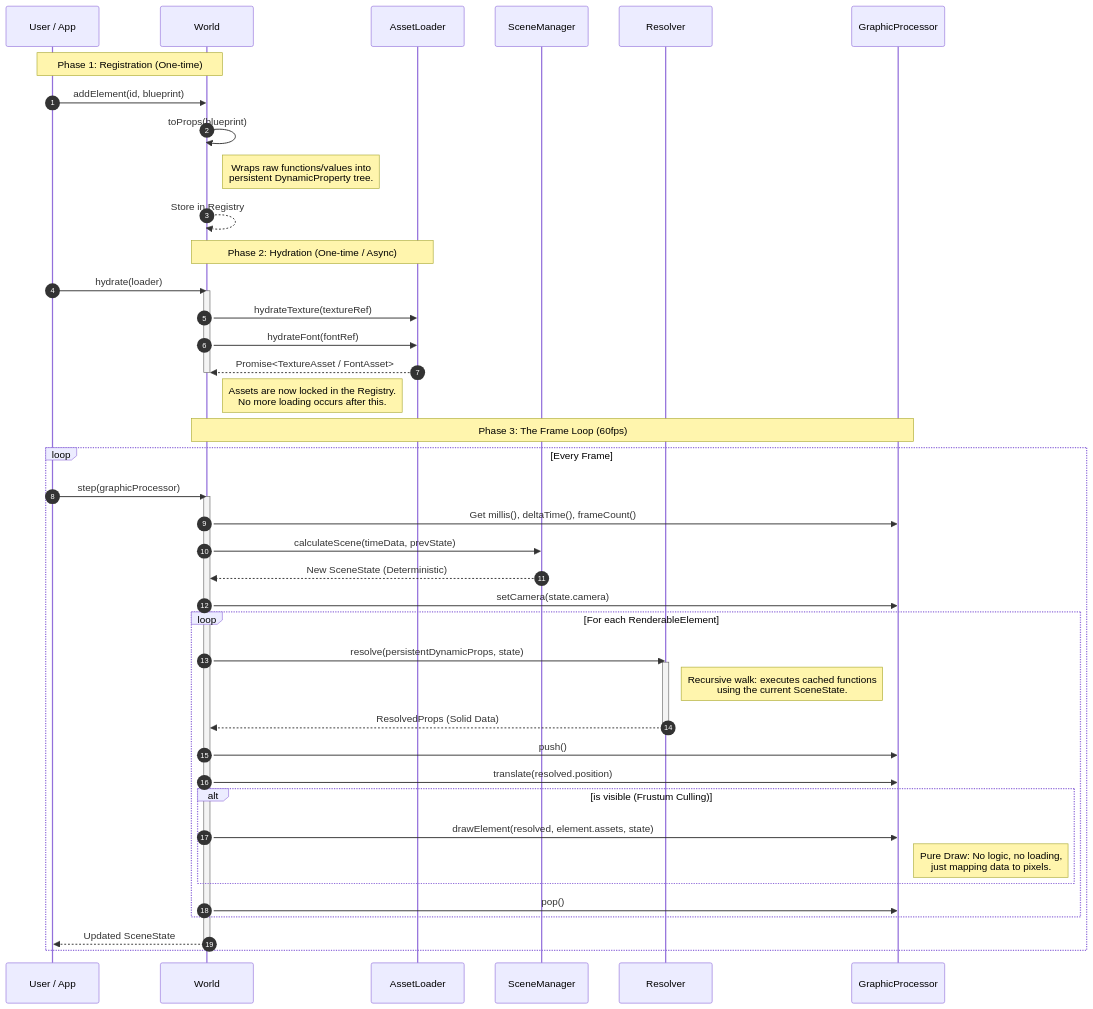
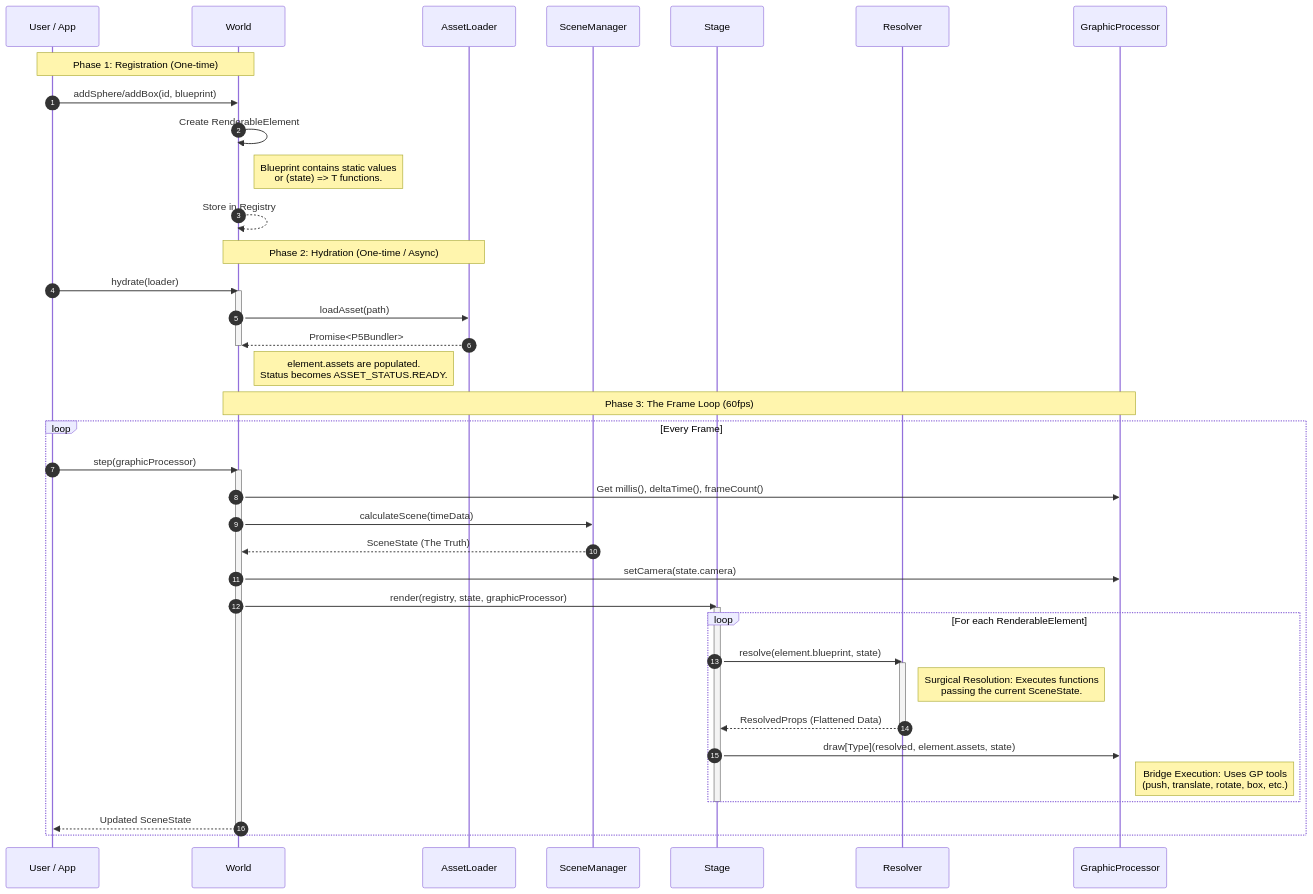
The diagram in notes.md (thiagomata/parallax), drawn with Mermaid before and after one commit.

Commit message:
update the diagram

````diff
--- a/notes.md
+++ b/notes.md
@@ -1,58 +1,55 @@
 ```mermaid
 sequenceDiagram
     autonumber
     participant U as User / App
     participant W as World
     participant L as AssetLoader
     participant SM as SceneManager
+    participant S as Stage
     participant R as Resolver
     participant GP as GraphicProcessor
 
-    Note over U, W: Phase 1: Registration (One-time)
-    U->>W: addElement(id, blueprint)
-    W->>W: toProps(blueprint)
-    Note right of W: Wraps raw functions/values into<br/>persistent DynamicProperty tree.
+    Note over U,W: Phase 1: Registration (One-time)
+    U->>W: addSphere/addBox(id, blueprint)
+    W->>W: Create RenderableElement
+    Note right of W: Blueprint contains static values<br/>or (state) => T functions.
     W-->>W: Store in Registry
 
-    Note over W, L: Phase 2: Hydration (One-time / Async)
+    Note over W,L: Phase 2: Hydration (One-time / Async)
     U->>W: hydrate(loader)
     activate W
-    W->>L: hydrateTexture(textureRef)
-    W->>L: hydrateFont(fontRef)
-    L-->>W: Promise<TextureAsset / FontAsset>
+    W->>L: loadAsset(path)
+    L-->>W: Promise<P5Bundler>
     deactivate W
-    Note right of W: Assets are now locked in the Registry.<br/>No more loading occurs after this.
+    Note right of W: element.assets are populated.<br/>Status becomes ASSET_STATUS.READY.
 
-    Note over W, GP: Phase 3: The Frame Loop (60fps)
+    Note over W,GP: Phase 3: The Frame Loop (60fps)
     loop Every Frame
         U->>W: step(graphicProcessor)
         activate W
-        
+
         W->>GP: Get millis(), deltaTime(), frameCount()
-        W->>SM: calculateScene(timeData, prevState)
-        SM-->>W: New SceneState (Deterministic)
-        
+        W->>SM: calculateScene(timeData)
+        SM-->>W: SceneState (The Truth)
+
         W->>GP: setCamera(state.camera)
 
+        W->>S: render(registry, state, graphicProcessor)
+        activate S
+
         loop For each RenderableElement
-            W->>R: resolve(persistentDynamicProps, state)
+            S->>R: resolve(element.blueprint, state)
             activate R
-            Note right of R: Recursive walk: executes cached functions<br/>using the current SceneState.
-            R-->>W: ResolvedProps (Solid Data)
+            Note right of R: Surgical Resolution: Executes functions<br/>passing the current SceneState.
+            R-->>S: ResolvedProps (Flattened Data)
             deactivate R
 
-            W->>GP: push()
-            W->>GP: translate(resolved.position)
-            
-            alt is visible (Frustum Culling)
-                W->>GP: drawElement(resolved, element.assets, state)
-                Note right of GP: Pure Draw: No logic, no loading,<br/>just mapping data to pixels.
-            end
-            
-            W->>GP: pop()
+            S->>GP: draw[Type](resolved, element.assets, state)
+            Note right of GP: Bridge Execution: Uses GP tools<br/>(push, translate, rotate, box, etc.)
         end
-        
+        deactivate S
+
         W-->>U: Updated SceneState
         deactivate W
     end
 ```
````
